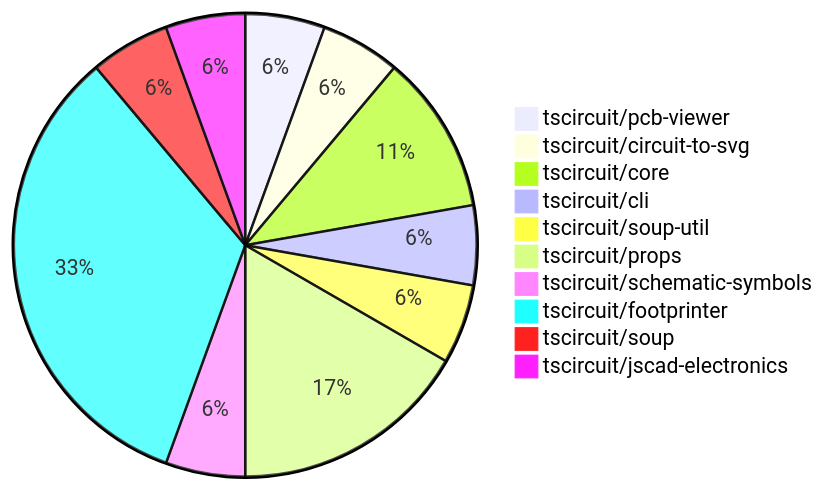
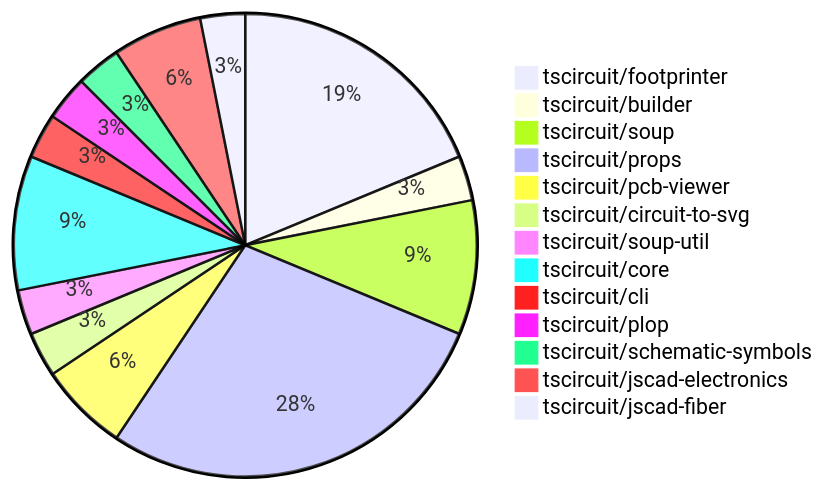
Before and after one commit to tscircuit/contribution-tracker: the diagram in README.md, drawn with Mermaid. The commit also changed other lines of this file and 1 other file, not shown here.

````diff
--- a/README.md
+++ b/README.md
@@ -24,13 +24,16 @@
 ```mermaid
 pie
-    "tscircuit/pcb-viewer" : 1
+    "tscircuit/footprinter" : 6
+    "tscircuit/builder" : 1
+    "tscircuit/soup" : 3
+    "tscircuit/props" : 9
+    "tscircuit/pcb-viewer" : 2
     "tscircuit/circuit-to-svg" : 1
-    "tscircuit/core" : 2
+    "tscircuit/soup-util" : 1
+    "tscircuit/core" : 3
     "tscircuit/cli" : 1
-    "tscircuit/soup-util" : 1
-    "tscircuit/props" : 3
+    "tscircuit/plop" : 1
     "tscircuit/schematic-symbols" : 1
-    "tscircuit/footprinter" : 6
-    "tscircuit/soup" : 1
-    "tscircuit/jscad-electronics" : 1
+    "tscircuit/jscad-electronics" : 2
+    "tscircuit/jscad-fiber" : 1
 ```
````
